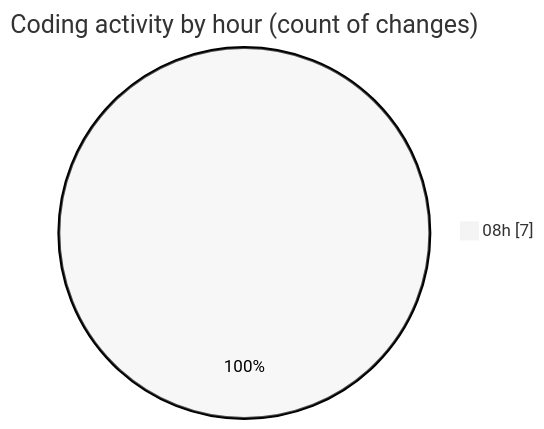
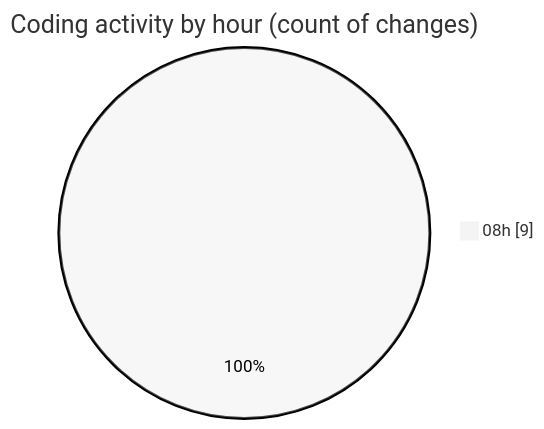
The second of 2 diagrams in 2025-09-13/shop/README.md (vahidmafi/code-tracking), drawn with Mermaid (neutral theme) before and after one commit. The commit also changed other lines of this file and 1 other file, not shown here.

````diff
--- a/2025-09-13/shop/README.md
+++ b/2025-09-13/shop/README.md
@@ -31,5 +32,5 @@
 ```mermaid
 pie showData
 title Coding activity by hour (count of changes)
-"08h" : 7
+"08h" : 9
 ```
````
